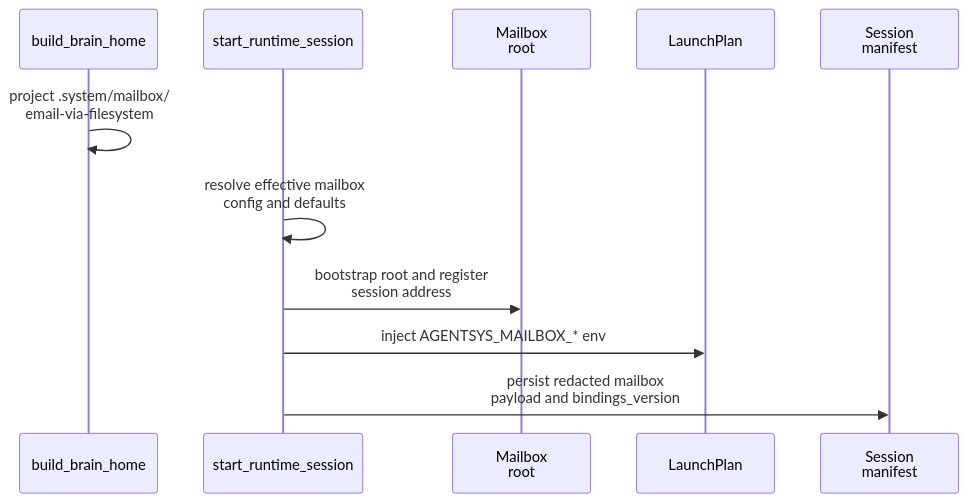
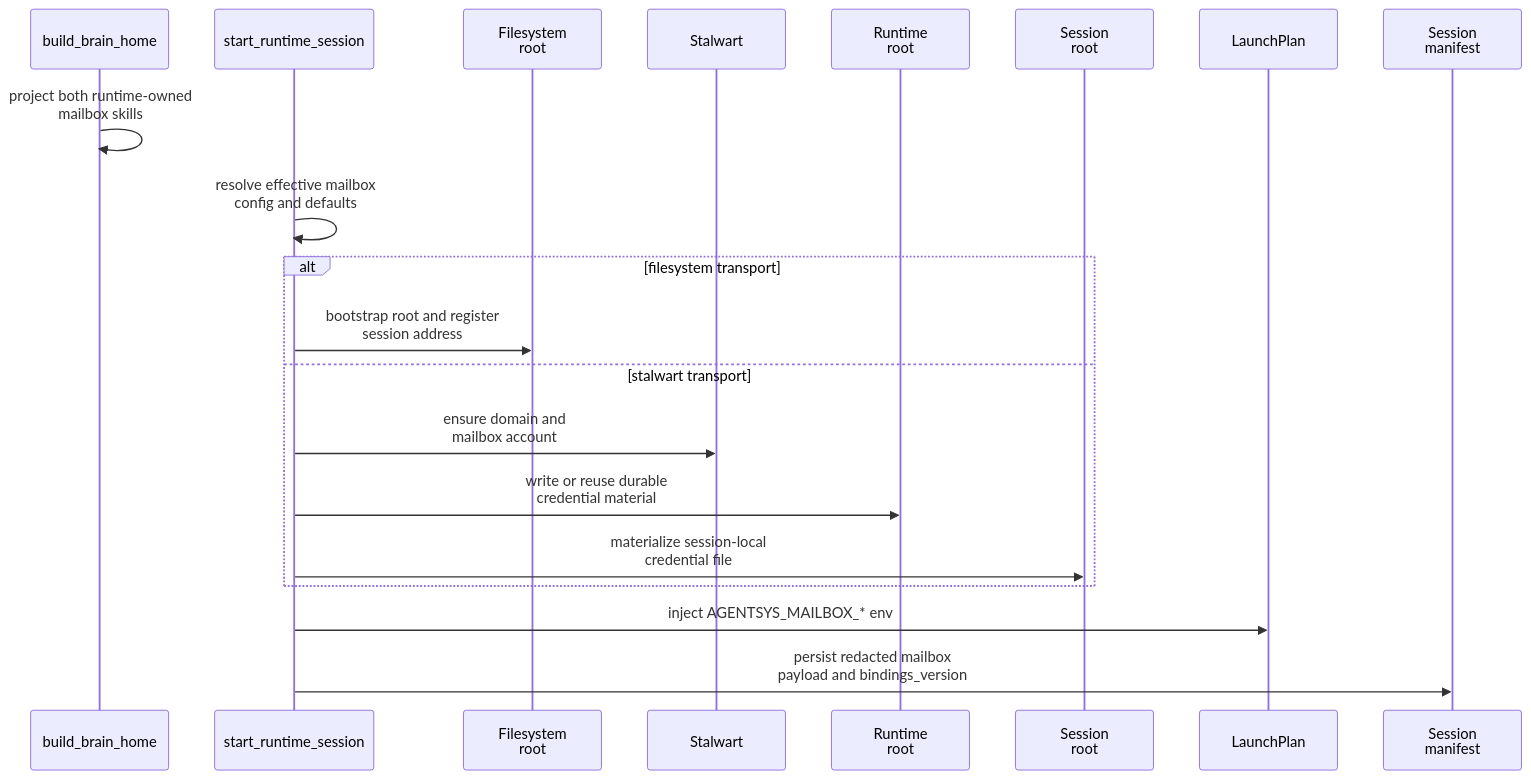
The diagram in docs/reference/mailbox/internals/runtime-integration.md (igamenovoer/houmao), drawn with Mermaid before and after one commit. The commit also changed other lines of this file and 13 other files, not shown here.

````diff
--- a/docs/reference/mailbox/internals/runtime-integration.md
+++ b/docs/reference/mailbox/internals/runtime-integration.md
@@ -33,13 +43,22 @@
 ```mermaid
 sequenceDiagram
     participant Bld as build_brain_home
     participant RT as start_runtime_session
-    participant FS as Mailbox<br/>root
+    participant FS as Filesystem<br/>root
+    participant SW as Stalwart
+    participant RR as Runtime<br/>root
+    participant SR as Session<br/>root
     participant LP as LaunchPlan
     participant Man as Session<br/>manifest
-    Bld->>Bld: project .system/mailbox/<br/>email-via-filesystem
+    Bld->>Bld: project both runtime-owned<br/>mailbox skills
     RT->>RT: resolve effective mailbox<br/>config and defaults
-    RT->>FS: bootstrap root and register<br/>session address
+    alt filesystem transport
+        RT->>FS: bootstrap root and register<br/>session address
+    else stalwart transport
+        RT->>SW: ensure domain and<br/>mailbox account
+        RT->>RR: write or reuse durable<br/>credential material
+        RT->>SR: materialize session-local<br/>credential file
+    end
     RT->>LP: inject AGENTSYS_MAILBOX_* env
     RT->>Man: persist redacted mailbox<br/>payload and bindings_version
 ```
````
